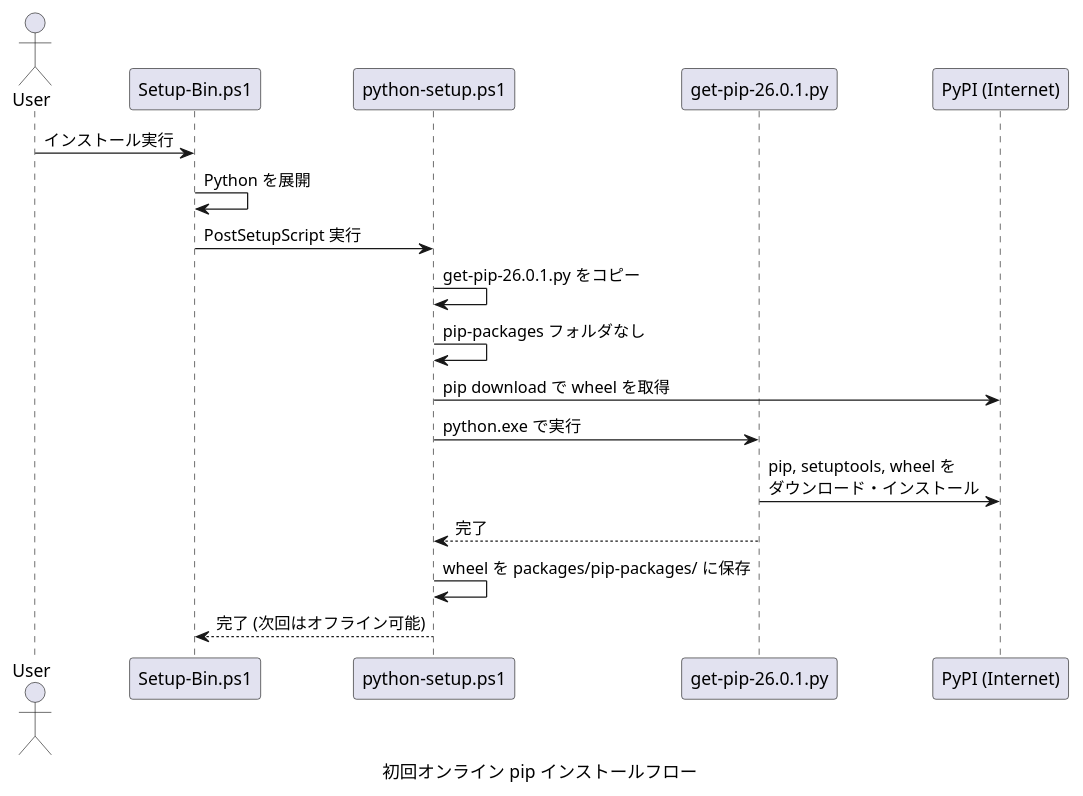
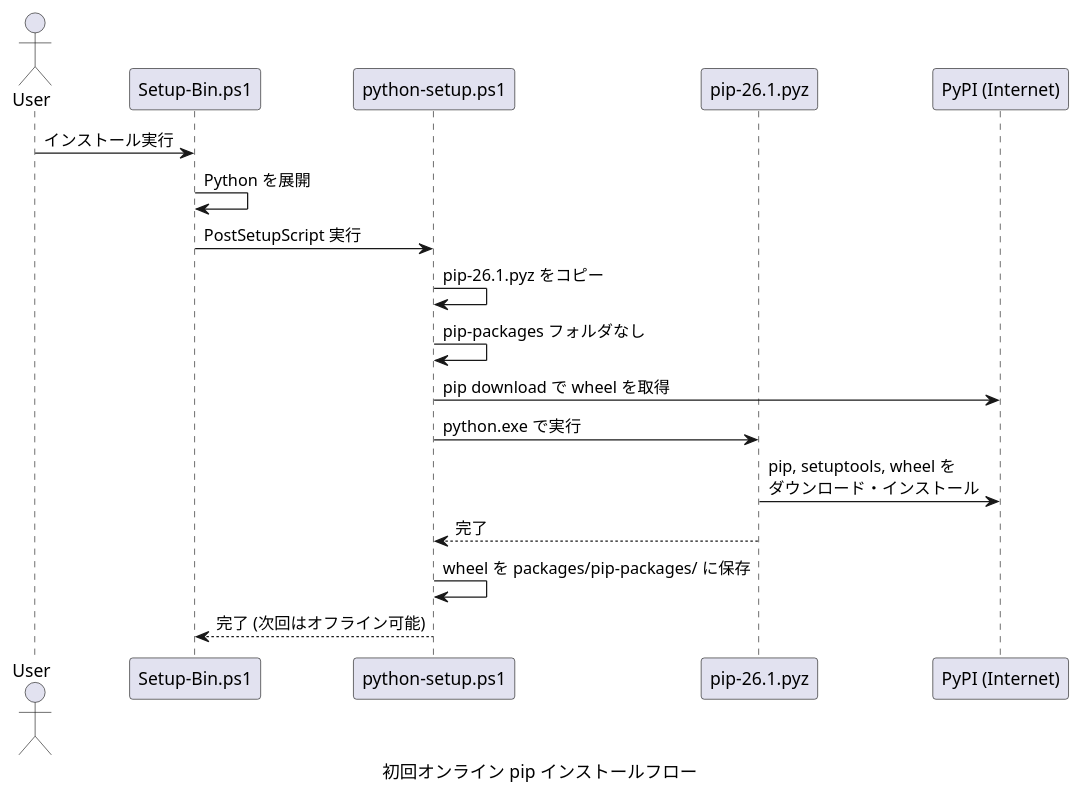
One commit to Hondarer/devbin-win changed the fifth of 5 diagrams in docs-src/offline-pip-design.md. Above: the diagram before and after it, drawn with PlantUML. The commit also changed other lines of this file and 3 other files, not shown here.

````diff
--- a/docs-src/offline-pip-design.md
+++ b/docs-src/offline-pip-design.md
@@ -288,25 +287,25 @@
 ```plantuml
 @startuml 初回オンライン pip インストールフロー
 caption 初回オンライン pip インストールフロー
 actor User
 participant "Setup-Bin.ps1" as Setup
 participant "python-setup.ps1" as PySetup
-participant "get-pip-26.0.1.py" as GetPip
+participant "pip-26.1.pyz" as GetPip
 participant "PyPI (Internet)" as PyPI
 
 User -> Setup: インストール実行
 Setup -> Setup: Python を展開
 Setup -> PySetup: PostSetupScript 実行
 
-PySetup -> PySetup: get-pip-26.0.1.py をコピー
+PySetup -> PySetup: pip-26.1.pyz をコピー
 PySetup -> PySetup: pip-packages フォルダなし
 
 PySetup -> PyPI: pip download で wheel を取得
 PySetup -> GetPip: python.exe で実行
 GetPip -> PyPI: pip, setuptools, wheel を\nダウンロード・インストール
 GetPip --> PySetup: 完了
 
 PySetup -> PySetup: wheel を packages/pip-packages/ に保存
 PySetup --> Setup: 完了 (次回はオフライン可能)
 @enduml
 ```
````
